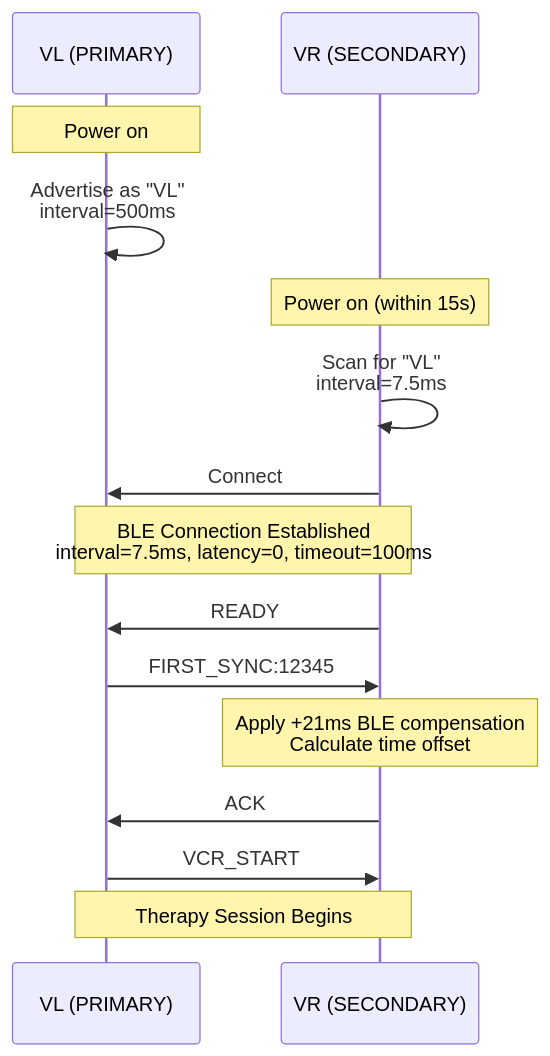
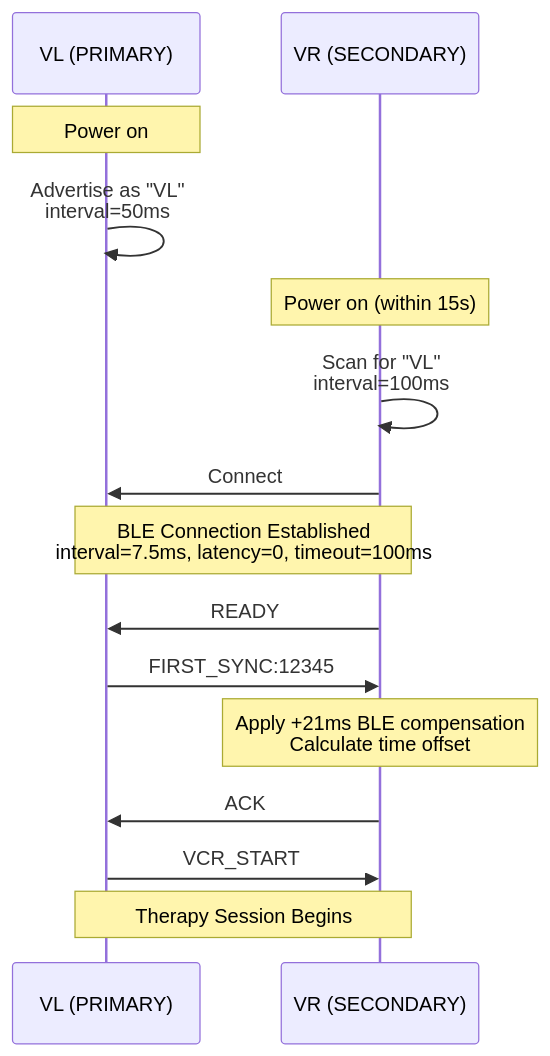
One commit to BlueBuzzah/BlueBuzzah-Firmware changed the diagram in docs/SYNCHRONIZATION_PROTOCOL.md. Above: the diagram before and after it, drawn with Mermaid. The commit also changed other lines of this file and 10 other files, not shown here.

Commit message:
Updated all docs to align with new PlatformIO Arduino architecture

````diff
--- a/docs/SYNCHRONIZATION_PROTOCOL.md
+++ b/docs/SYNCHRONIZATION_PROTOCOL.md
@@ -143,24 +269,24 @@
 ```mermaid
 sequenceDiagram
     participant VL as VL (PRIMARY)
     participant VR as VR (SECONDARY)
 
     Note over VL: Power on
-    VL->>VL: Advertise as "VL"<br/>interval=500ms
+    VL->>VL: Advertise as "VL"<br/>interval=50ms
 
     Note over VR: Power on (within 15s)
-    VR->>VR: Scan for "VL"<br/>interval=7.5ms
+    VR->>VR: Scan for "VL"<br/>interval=100ms
 
     VR->>VL: Connect
     Note over VL,VR: BLE Connection Established<br/>interval=7.5ms, latency=0, timeout=100ms
 
     VR->>VL: READY
 
     VL->>VR: FIRST_SYNC:12345
     Note over VR: Apply +21ms BLE compensation<br/>Calculate time offset
 
     VR->>VL: ACK
 
     VL->>VR: VCR_START
     Note over VL,VR: Therapy Session Begins
 ```
````
